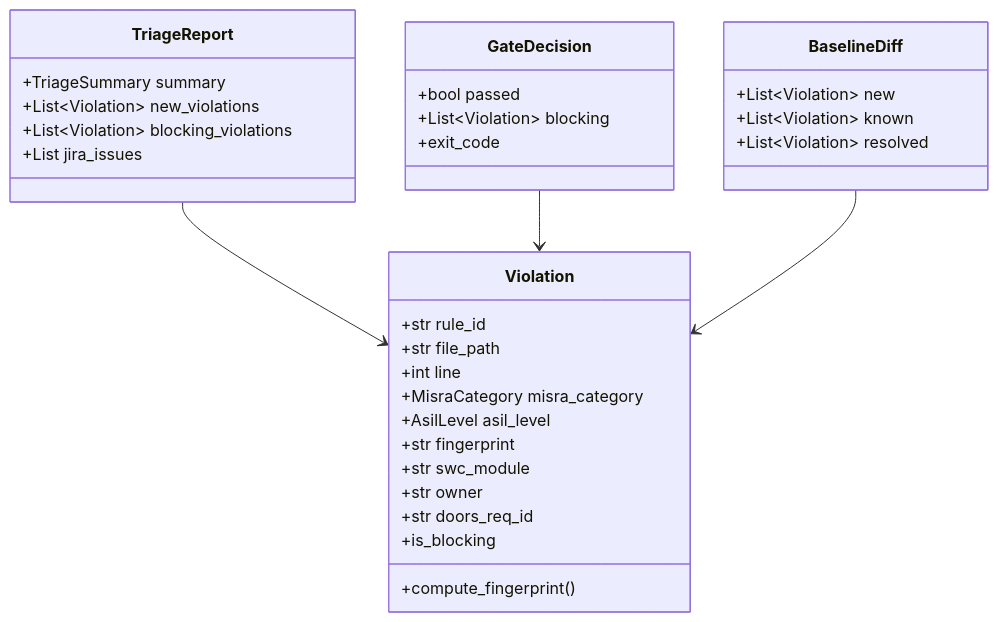
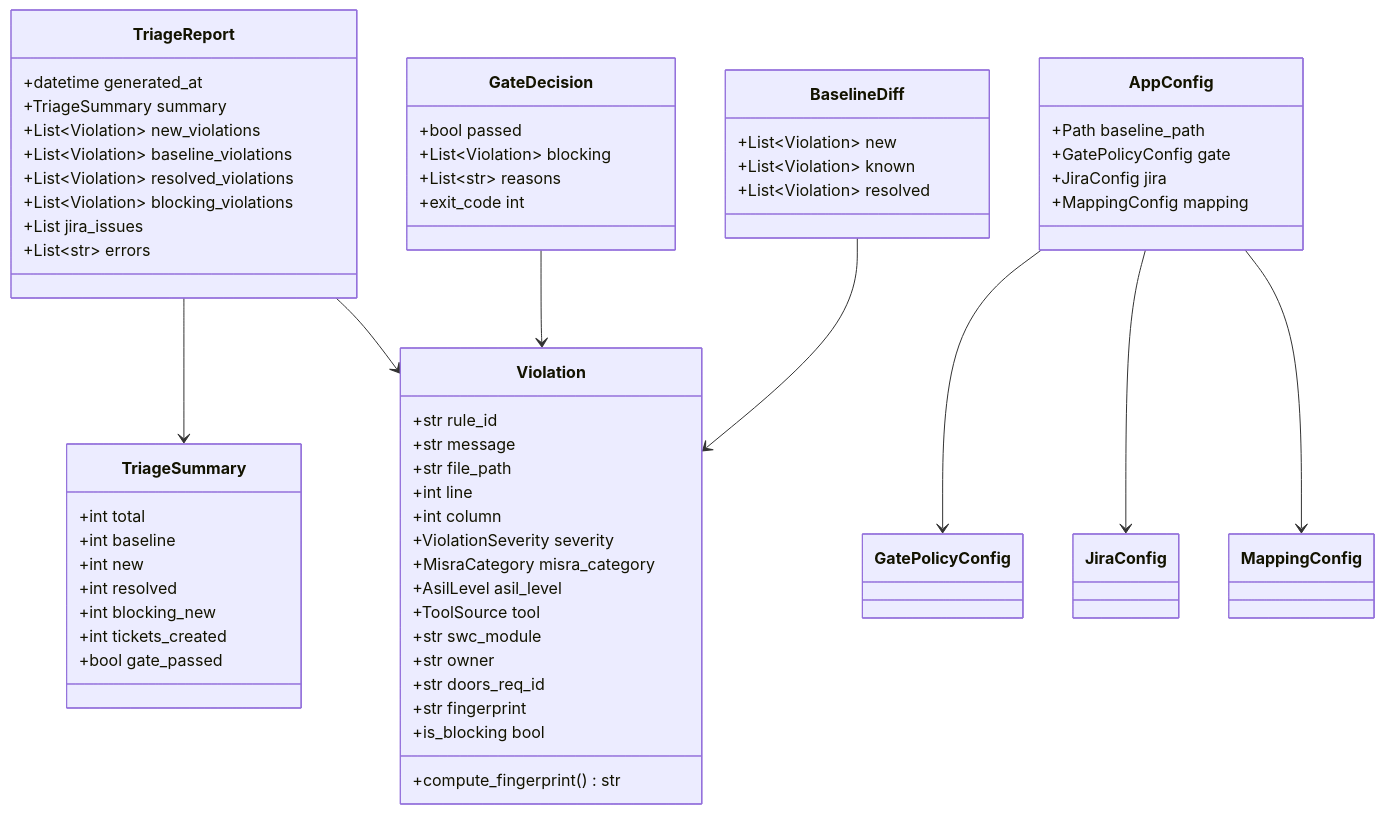
Before and after one commit to ritika-kulkarni/Automated-Static-Analysis-MISRA-Triage-Dashboard: the sixth of 12 diagrams in docs/ARCHITECTURE.md, drawn with Mermaid. The commit also changed other lines of this file and 17 other files, not shown here.

First line of the commit message:
Expand architecture docs, diagrams, and package READMEs.

````diff
--- a/docs/ARCHITECTURE.md
+++ b/docs/ARCHITECTURE.md
@@ -113,39 +207,64 @@
 ```mermaid
 classDiagram
+  direction TB
   class Violation {
     +str rule_id
+    +str message
     +str file_path
     +int line
+    +int column
+    +ViolationSeverity severity
     +MisraCategory misra_category
     +AsilLevel asil_level
-    +str fingerprint
+    +ToolSource tool
     +str swc_module
     +str owner
     +str doors_req_id
-    +compute_fingerprint()
-    +is_blocking
+    +str fingerprint
+    +compute_fingerprint() str
+    +is_blocking bool
   }
-
+  class TriageSummary {
+    +int total
+    +int baseline
+    +int new
+    +int resolved
+    +int blocking_new
+    +int tickets_created
+    +bool gate_passed
+  }
   class TriageReport {
+    +datetime generated_at
     +TriageSummary summary
     +List~Violation~ new_violations
+    +List~Violation~ baseline_violations
+    +List~Violation~ resolved_violations
     +List~Violation~ blocking_violations
     +List jira_issues
+    +List~str~ errors
   }
-
   class GateDecision {
     +bool passed
     +List~Violation~ blocking
-    +exit_code
+    +List~str~ reasons
+    +exit_code int
   }
-
   class BaselineDiff {
     +List~Violation~ new
     +List~Violation~ known
     +List~Violation~ resolved
   }
-
+  class AppConfig {
+    +Path baseline_path
+    +GatePolicyConfig gate
+    +JiraConfig jira
+    +MappingConfig mapping
+  }
+  TriageReport --> TriageSummary
   TriageReport --> Violation
   GateDecision --> Violation
   BaselineDiff --> Violation
+  AppConfig --> GatePolicyConfig
+  AppConfig --> JiraConfig
+  AppConfig --> MappingConfig
 ```
````
